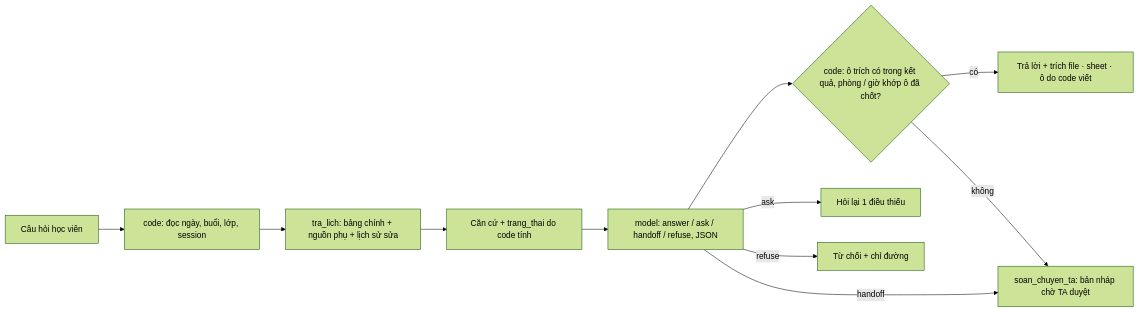
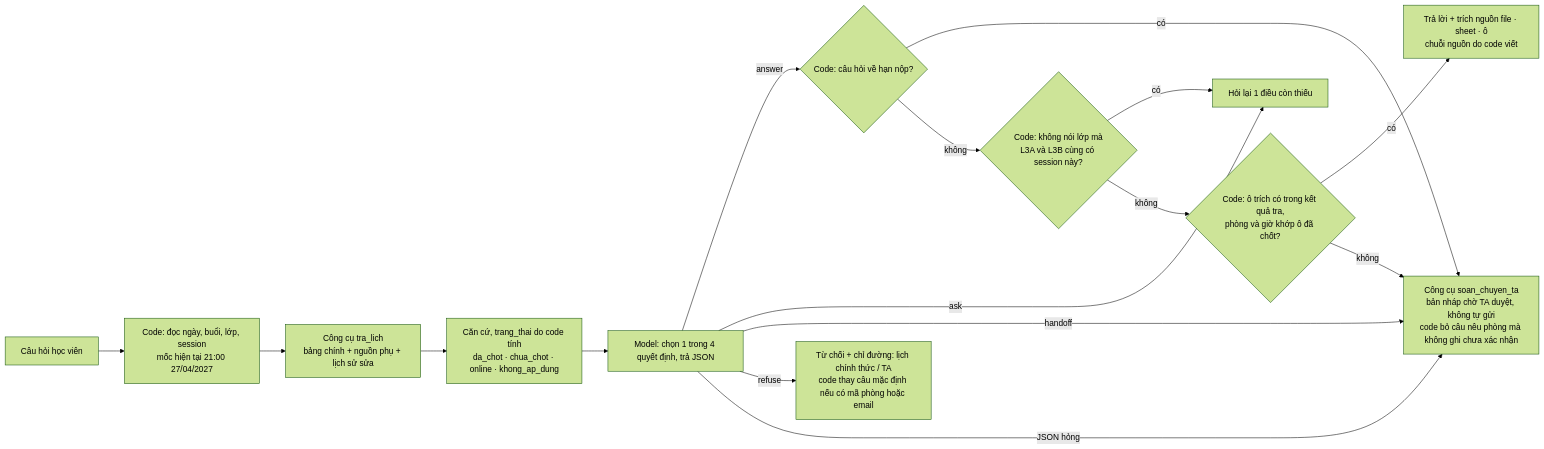
One commit to MaiVanThanhDev/K5-Day15-L3A-Space-Marine changed the diagram in spec.md. Above: the diagram before and after it, drawn with Mermaid (forest theme). The commit also changed other lines of this file and 4 other files, not shown here.

````diff
--- a/spec.md
+++ b/spec.md
@@ -48,13 +48,22 @@
   ```mermaid
   flowchart LR
-    Q[Câu hỏi học viên] --> P[code: đọc ngày, buổi, lớp, session]
-    P --> T[tra_lich: bảng chính + nguồn phụ + lịch sử sửa]
-    T --> C[Căn cứ + trang_thai do code tính]
-    C --> M[model: answer / ask / handoff / refuse, JSON]
-    M --> V{code: ô trích có trong kết quả, phòng / giờ khớp ô đã chốt?}
-    V -- có --> A[Trả lời + trích file · sheet · ô do code viết]
-    V -- không --> H[soan_chuyen_ta: bản nháp chờ TA duyệt]
-    M -- handoff --> H
-    M -- ask --> K[Hỏi lại 1 điều thiếu]
-    M -- refuse --> R[Từ chối + chỉ đường]
+    Q["Câu hỏi học viên"] --> P["Code: đọc ngày, buổi, lớp, session<br/>mốc hiện tại 21:00 27/04/2027"]
+    P --> T["Công cụ tra_lich<br/>bảng chính + nguồn phụ + lịch sử sửa"]
+    T --> C["Căn cứ, trang_thai do code tính<br/>da_chot · chua_chot · online · khong_ap_dung"]
+    C --> M["Model: chọn 1 trong 4 quyết định, trả JSON"]
+  
+    M -->|"answer"| D1{"Code: câu hỏi về hạn nộp?"}
+    D1 -->|"có"| H
+    D1 -->|"không"| D2{"Code: không nói lớp mà<br/>L3A và L3B cùng có session này?"}
+    D2 -->|"có"| K
+    D2 -->|"không"| D3{"Code: ô trích có trong kết quả tra,<br/>phòng và giờ khớp ô đã chốt?"}
+    D3 -->|"có"| A["Trả lời + trích nguồn file · sheet · ô<br/>chuỗi nguồn do code viết"]
+    D3 -->|"không"| H
+  
+    M -->|"ask"| K["Hỏi lại 1 điều còn thiếu"]
+    M -->|"handoff"| H["Công cụ soan_chuyen_ta<br/>bản nháp chờ TA duyệt, không tự gửi<br/>code bỏ câu nêu phòng mà không ghi chưa xác nhận"]
+    M -->|"refuse"| R["Từ chối + chỉ đường: lịch chính thức / TA<br/>code thay câu mặc định nếu có mã phòng hoặc email"]
+    M -->|"JSON hỏng"| H
+  
+  
   ```
````
